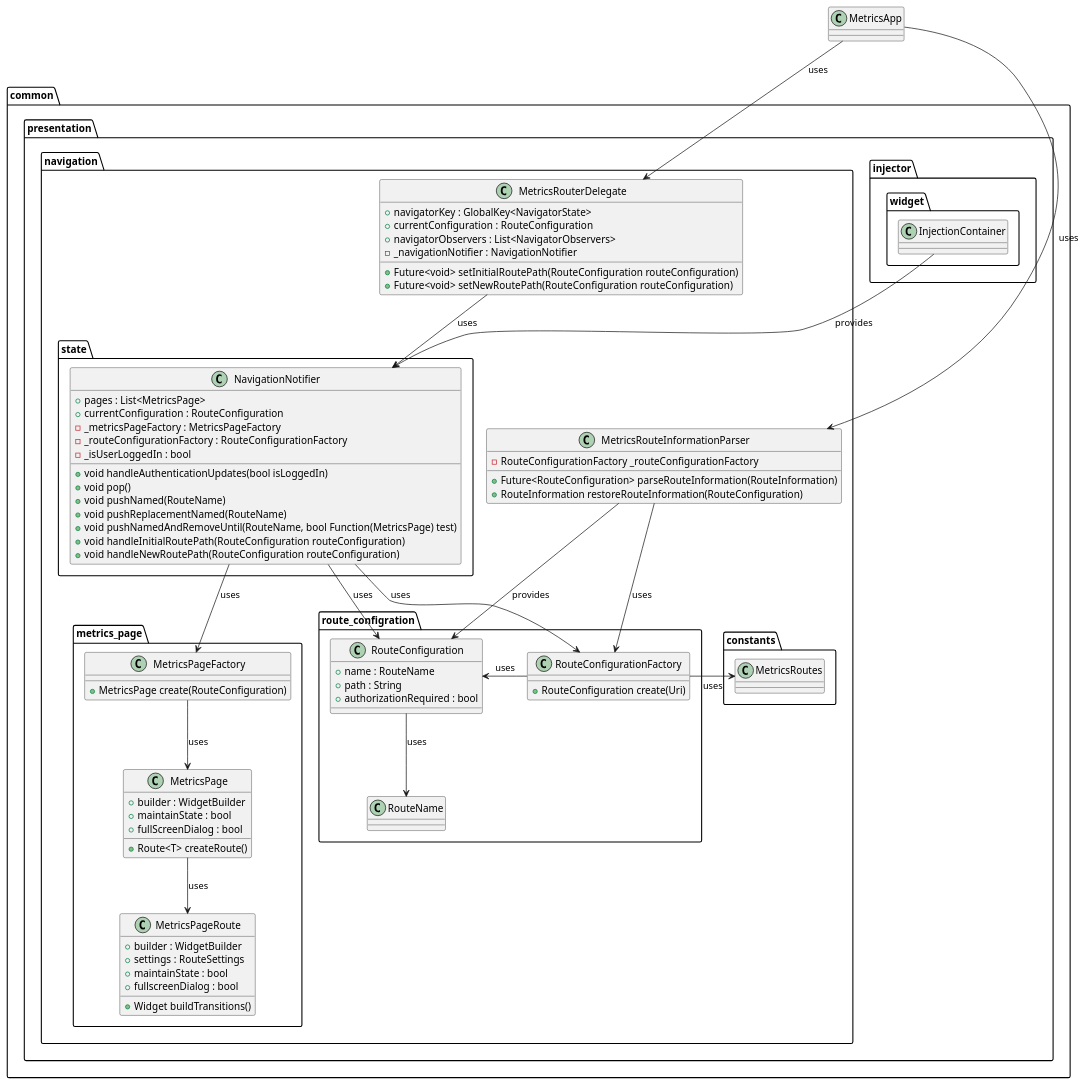
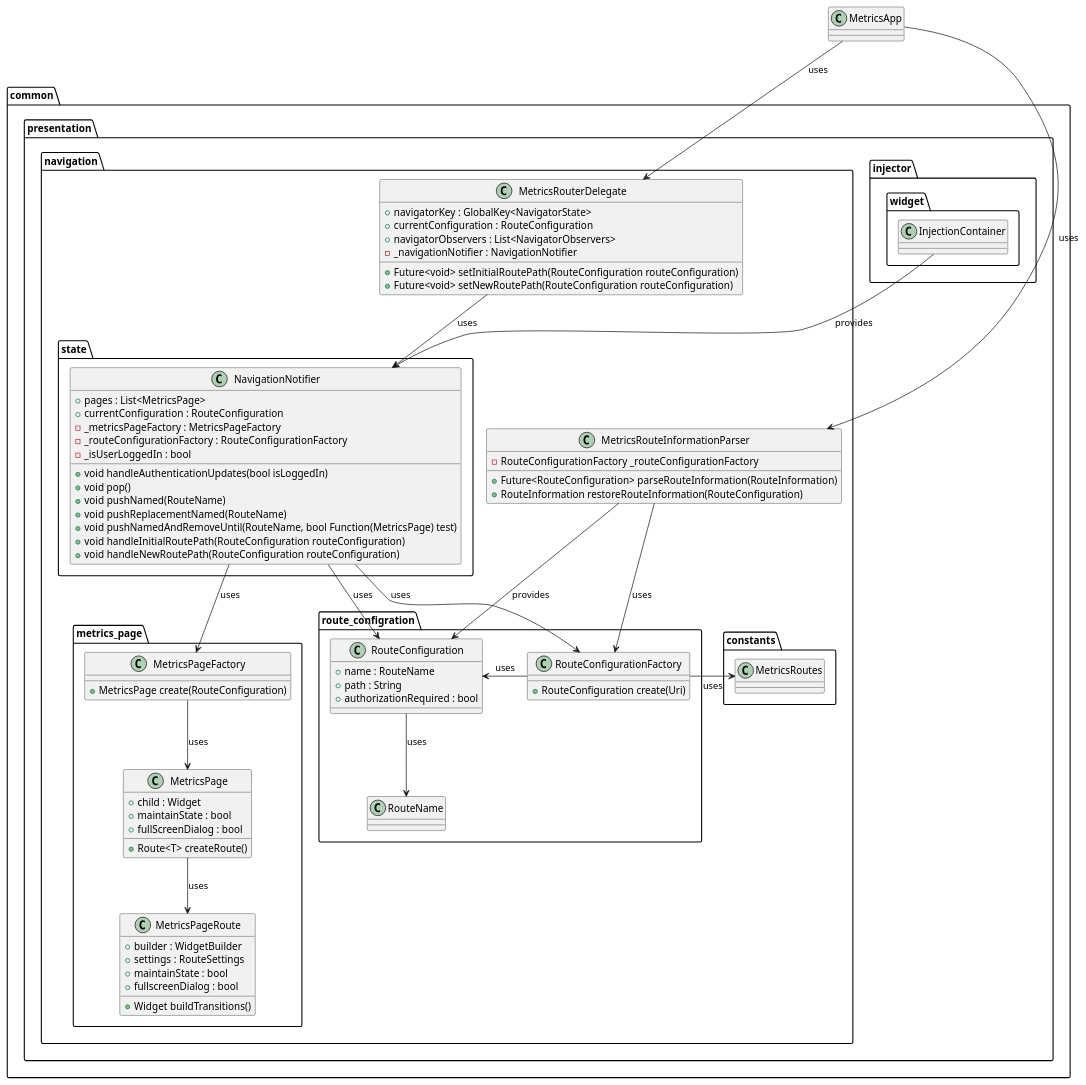
The diagram in metrics/web/docs/features/navigation/diagrams/navigation_class_diagram.puml (Flank/flank-dashboard), drawn with PlantUML before and after one commit. The commit also changed 4 other files, not shown here.

```diff
--- a/metrics/web/docs/features/navigation/diagrams/navigation_class_diagram.puml
+++ b/metrics/web/docs/features/navigation/diagrams/navigation_class_diagram.puml
@@ -1,110 +1,110 @@
 @startuml navigation_class_diagram
 
 class MetricsApp {}
 
 package common.presentation {
 
     package injector.widget {
         class InjectionContainer {}
     }
 
     package navigation {
 
         package route_configration {
             class RouteName {
             }
 
             class RouteConfiguration {
                 + name : RouteName
                 + path : String
                 + authorizationRequired : bool
             }
 
             class RouteConfigurationFactory {
                 + RouteConfiguration create(Uri)
             }
         }
         class MetricsRouteInformationParser {
             - RouteConfigurationFactory _routeConfigurationFactory
             + Future<RouteConfiguration> parseRouteInformation(RouteInformation)
             + RouteInformation restoreRouteInformation(RouteConfiguration)
         }
         class MetricsRouterDelegate {
             + navigatorKey : GlobalKey<NavigatorState>
             + currentConfiguration : RouteConfiguration
             + navigatorObservers : List<NavigatorObservers>
             - _navigationNotifier : NavigationNotifier
             + Future<void> setInitialRoutePath(RouteConfiguration routeConfiguration)
             + Future<void> setNewRoutePath(RouteConfiguration routeConfiguration)
         }
 
         package constants {
             class MetricsRoutes {}
         }
 
         package state {
             class NavigationNotifier {
                 + pages : List<MetricsPage>
                 + currentConfiguration : RouteConfiguration
                 - _metricsPageFactory : MetricsPageFactory
                 - _routeConfigurationFactory : RouteConfigurationFactory
                 - _isUserLoggedIn : bool
                 + void handleAuthenticationUpdates(bool isLoggedIn)
                 + void pop()
                 + void pushNamed(RouteName)
                 + void pushReplacementNamed(RouteName)
                 + void pushNamedAndRemoveUntil(RouteName, bool Function(MetricsPage) test)
                 + void handleInitialRoutePath(RouteConfiguration routeConfiguration)
                 + void handleNewRoutePath(RouteConfiguration routeConfiguration)
             }
         }
 
 
         package metrics_page {
             class MetricsPageFactory {
                 + MetricsPage create(RouteConfiguration)
             }
 
             class MetricsPage {
-                + builder : WidgetBuilder
+                + child : Widget
                 + maintainState : bool
                 + fullScreenDialog : bool
                 + Route<T> createRoute()
             }
 
             class MetricsPageRoute {
                 + builder : WidgetBuilder
                 + settings : RouteSettings
                 + maintainState : bool
                 + fullscreenDialog : bool
                 + Widget buildTransitions()
             }
         }
 
     }
 }
 
 InjectionContainer --> NavigationNotifier : provides
 
 MetricsApp --> MetricsRouteInformationParser :uses
 MetricsApp --> MetricsRouterDelegate : uses
 
 MetricsRouteInformationParser --> RouteConfiguration : provides
 MetricsRouteInformationParser --> RouteConfigurationFactory : uses
 
 RouteConfiguration --> RouteName : uses
 
 RouteConfigurationFactory -> RouteConfiguration : uses
 RouteConfigurationFactory -> MetricsRoutes : uses
 
 MetricsRouterDelegate --> NavigationNotifier : uses
 
 NavigationNotifier --> RouteConfigurationFactory : uses
 NavigationNotifier --> RouteConfiguration : uses
 NavigationNotifier --> MetricsPageFactory : uses
 
 MetricsPageFactory --> MetricsPage : uses
 
 MetricsPage --> MetricsPageRoute : uses
 
 @enduml
```
